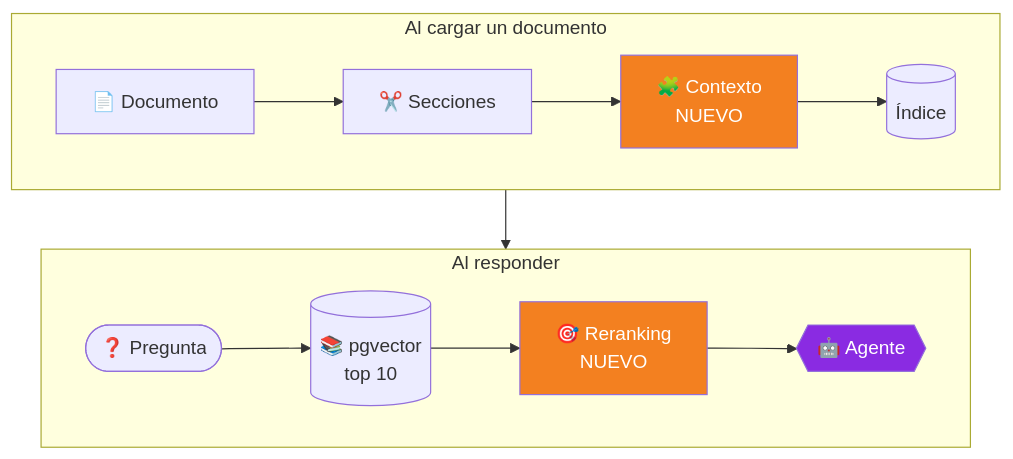
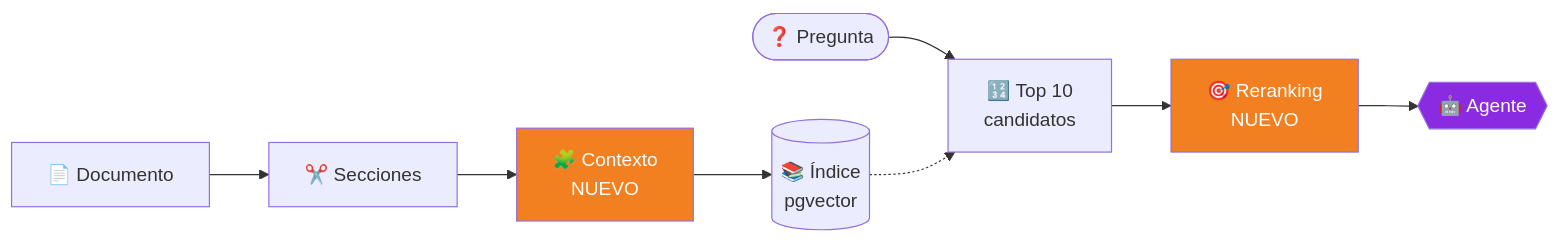
Before and after one commit to grancobud/arm-whatsapp: the third of 4 diagrams in PUESTA-AL-DIA.md, drawn with Mermaid.

Commit message:
docs: tarea A en dos cadenas cortas

````diff
--- a/PUESTA-AL-DIA.md
+++ b/PUESTA-AL-DIA.md
@@ -138,14 +138,8 @@
 ```mermaid
-flowchart TB
-    subgraph Q [Al responder]
-        direction LR
-        Q1([❓ Pregunta]) --> S[(📚 pgvector<br/>top 10)] --> RR[🎯 Reranking<br/>NUEVO]:::n --> A{{🤖 Agente}}:::a
-    end
-    subgraph I [Al cargar un documento]
-        direction LR
-        D[📄 Documento] --> CH[✂️ Secciones] --> CX[🧩 Contexto<br/>NUEVO]:::n --> IX[(Índice)]
-    end
-    I --> Q
+flowchart LR
+    D[📄 Documento] --> CH[✂️ Secciones] --> CX[🧩 Contexto<br/>NUEVO]:::n --> IX[(📚 Índice<br/>pgvector)]
+    Q1([❓ Pregunta]) --> S[🔢 Top 10<br/>candidatos] --> RR[🎯 Reranking<br/>NUEVO]:::n --> A{{🤖 Agente}}:::a
+    IX -.-> S
     classDef n fill:#F38020,color:#fff
     classDef a fill:#8A2BE2,color:#fff
 ```
````
